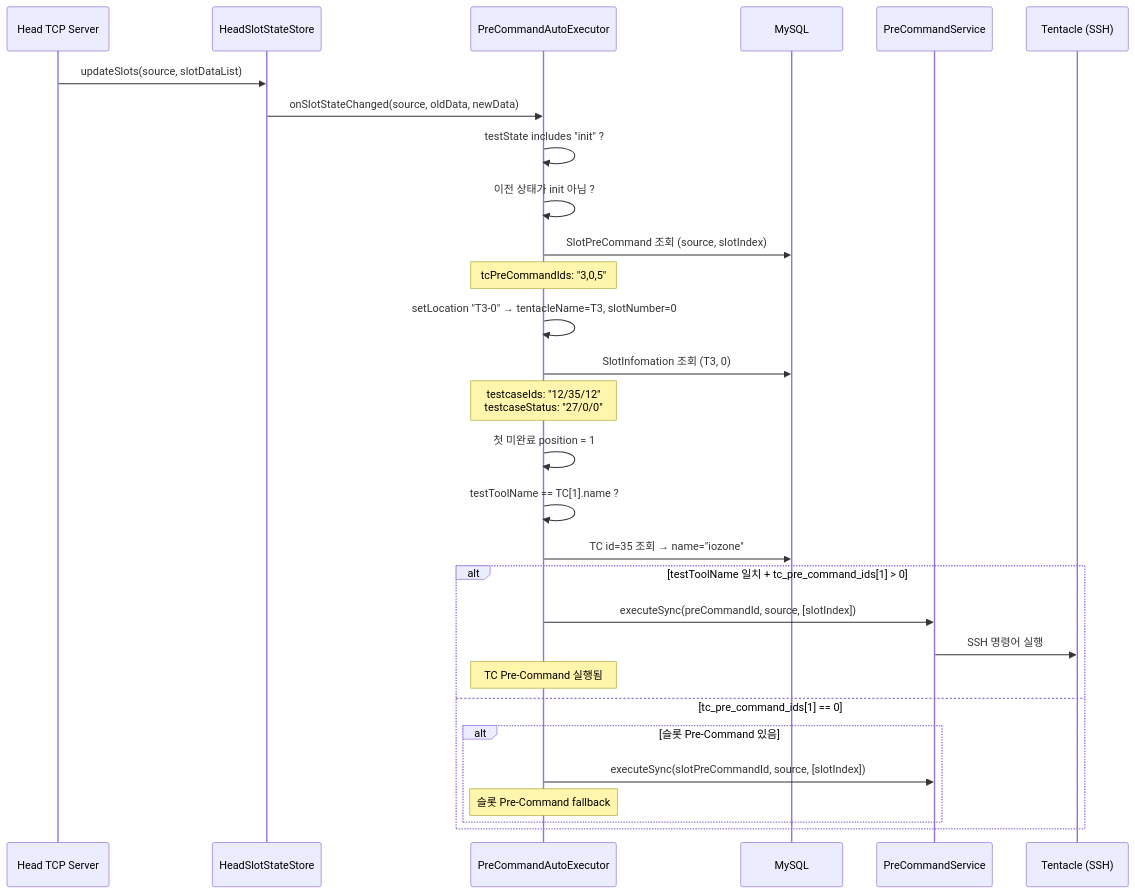
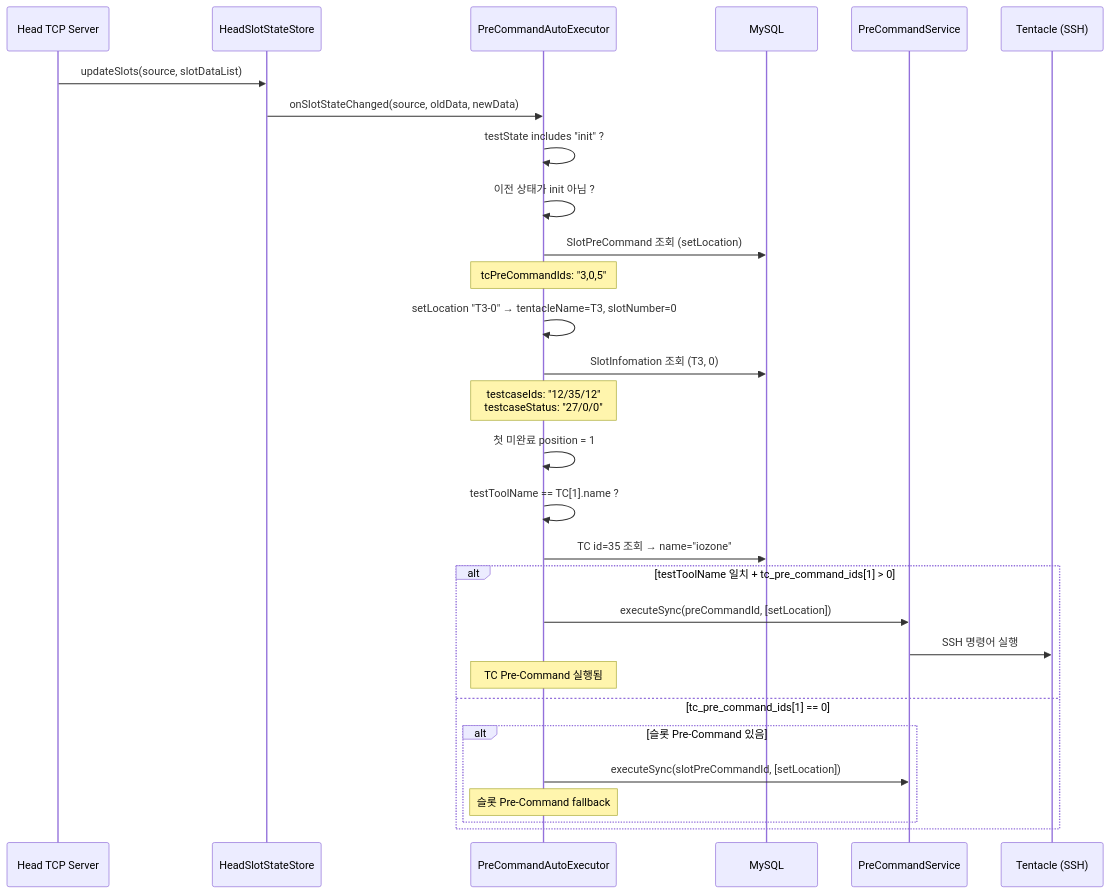
Before and after one commit to kakaromo/kakaromo.github.io: the second of 4 diagrams in src/content/docs/internals/pre-command-execution-flow.md, drawn with Mermaid. The commit also changed other lines of this file and 3 other files, not shown here.

First line of the commit message:
docs: Pre-Command 문서 setLocation 기반으로 전면 업데이트

````diff
--- a/src/content/docs/internals/pre-command-execution-flow.md
+++ b/src/content/docs/internals/pre-command-execution-flow.md
@@ -46,38 +46,38 @@
 ```mermaid
 sequenceDiagram
     participant HEAD as Head TCP Server
     participant STORE as HeadSlotStateStore
     participant AUTO as PreCommandAutoExecutor
     participant DB as MySQL
     participant SVC as PreCommandService
     participant SSH as Tentacle (SSH)
 
     HEAD->>STORE: updateSlots(source, slotDataList)
     STORE->>AUTO: onSlotStateChanged(source, oldData, newData)
 
     AUTO->>AUTO: testState includes "init" ?
     AUTO->>AUTO: 이전 상태가 init 아님 ?
 
-    AUTO->>DB: SlotPreCommand 조회 (source, slotIndex)
+    AUTO->>DB: SlotPreCommand 조회 (setLocation)
     Note over AUTO: tcPreCommandIds: "3,0,5"
 
     AUTO->>AUTO: setLocation "T3-0" → tentacleName=T3, slotNumber=0
     AUTO->>DB: SlotInfomation 조회 (T3, 0)
     Note over AUTO: testcaseIds: "12/35/12"<br/>testcaseStatus: "27/0/0"
 
     AUTO->>AUTO: 첫 미완료 position = 1
 
     AUTO->>AUTO: testToolName == TC[1].name ?
     AUTO->>DB: TC id=35 조회 → name="iozone"
 
     alt testToolName 일치 + tc_pre_command_ids[1] > 0
-        AUTO->>SVC: executeSync(preCommandId, source, [slotIndex])
+        AUTO->>SVC: executeSync(preCommandId, [setLocation])
         SVC->>SSH: SSH 명령어 실행
         Note over AUTO: TC Pre-Command 실행됨
     else tc_pre_command_ids[1] == 0
         alt 슬롯 Pre-Command 있음
-            AUTO->>SVC: executeSync(slotPreCommandId, source, [slotIndex])
+            AUTO->>SVC: executeSync(slotPreCommandId, [setLocation])
             Note over AUTO: 슬롯 Pre-Command fallback
         end
     end
 ```
````
